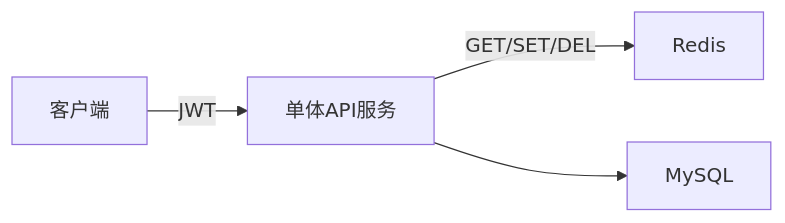
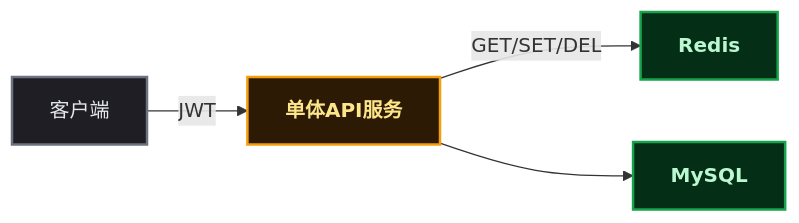
One commit to yaocat55/yaocat55.github.io changed the sixth of 12 diagrams in content/posts/springsecurity/SsoVsJwtRedisAuth.md. Above: the diagram before and after it, drawn with Mermaid. The commit also changed other lines of this file and 155 other files, not shown here.

````diff
--- a/content/posts/springsecurity/SsoVsJwtRedisAuth.md
+++ b/content/posts/springsecurity/SsoVsJwtRedisAuth.md
@@ -300,6 +300,15 @@
 ```mermaid
 flowchart LR
+%% 半暗底色 + 高亮描边：完美适配博客深色/浅色双主题 %%
+classDef branch fill:#2d1a05,stroke:#f59e0b,stroke-width:2px,color:#fde68a,font-weight:bold;
+classDef process fill:#1e1e24,stroke:#6b7280,stroke-width:2px,color:#e5e7eb;
+classDef data fill:#052e16,stroke:#16a34a,stroke-width:2px,color:#bbf7d0,font-weight:bold;
     C[客户端] -->|JWT| API[单体API服务]
     API -->|GET/SET/DEL| R[Redis]
     API --> DB[MySQL]
+
+
+class API branch;
+class DB,R data;
+class C process;
 ```
````
